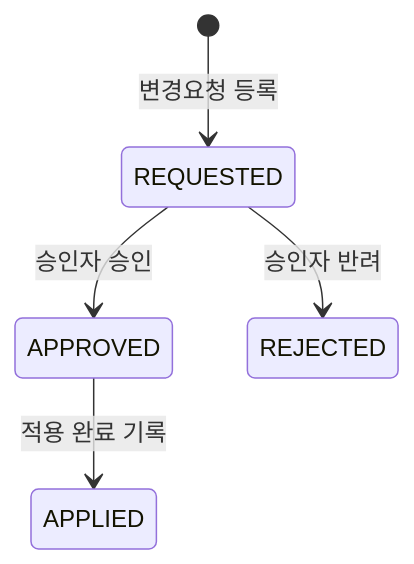
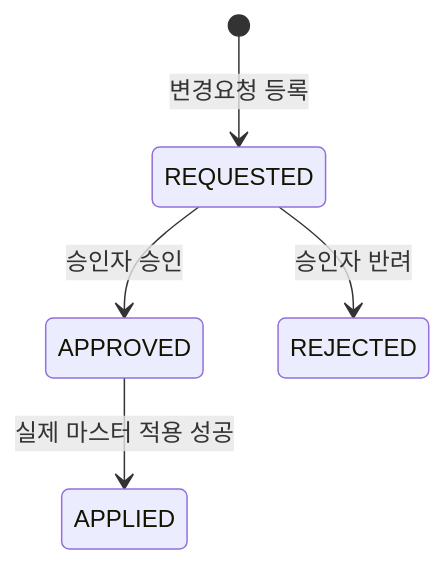
Before and after one commit to skyg547/account: the fourth of 5 diagrams in master-data/docs/process-flow.md, drawn with Mermaid. The commit also changed other lines of this file and 4 other files, not shown here.

````diff
--- a/master-data/docs/process-flow.md
+++ b/master-data/docs/process-flow.md
@@ -121,7 +121,7 @@
 ```mermaid
 stateDiagram-v2
     [*] --> REQUESTED : 변경요청 등록
     REQUESTED --> APPROVED : 승인자 승인
     REQUESTED --> REJECTED : 승인자 반려
-    APPROVED --> APPLIED : 적용 완료 기록
+    APPROVED --> APPLIED : 실제 마스터 적용 성공
 ```
````
